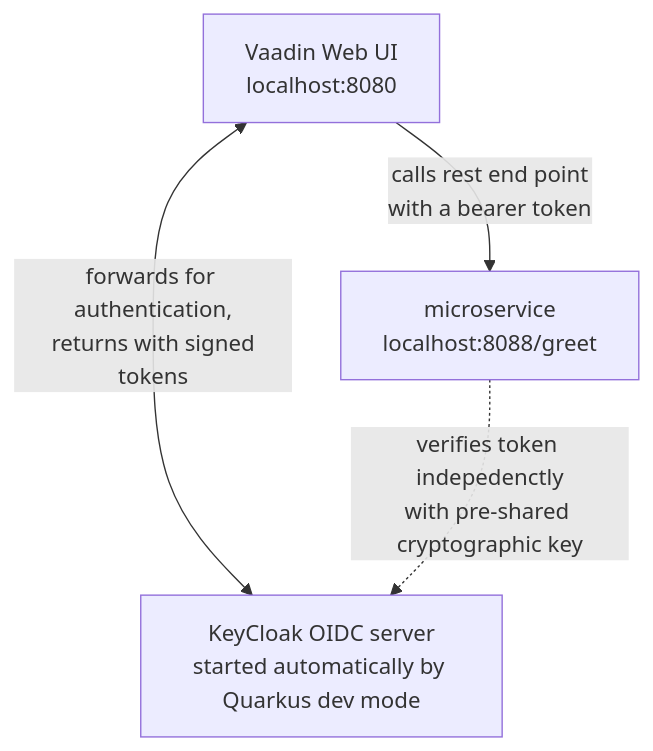
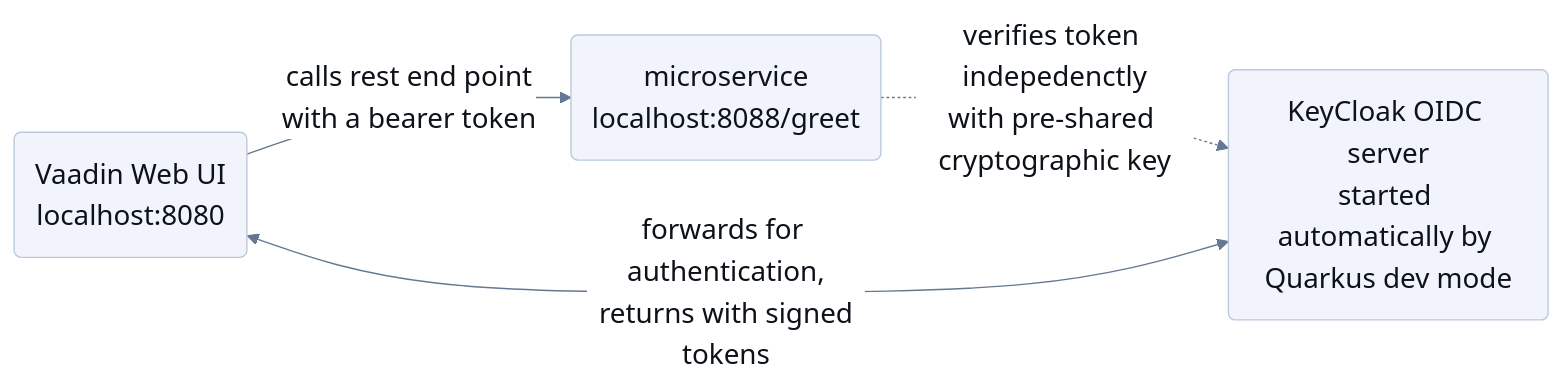
Before and after one commit to mstahv/quarkus-vaadin-example: the first of 2 diagrams in README.md, drawn with Mermaid. The commit also changed other lines of this file, not shown here.

Commit message:
Updated diagram styles

````diff
--- a/README.md
+++ b/README.md
@@ -18,9 +18,26 @@
 ```mermaid
-  graph TD;
-      v[Vaadin Web UI<br>localhost:8080]
-      k[KeyCloak OIDC server<br>started automatically by Quarkus dev mode]
-      m[microservice<br>localhost:8088/greet]
+%%{
+  init: {
+    'theme':'base',
+    'themeVariables': {
+      'background': '#FFFFFF',
+      'fontFamily': 'Arial',
+      'fontSize': '20px',
+      'lineColor': '#657892',
+      'primaryColor': '#F1F5FB',
+      'primaryBorderColor': '#BBC9DC',
+      'primaryTextColor': '#0D1219',
+      'secondaryColor': '#FFFFFF',
+      'secondaryBorderColor': '#FFFFFF',
+      'secondaryTextColor': '#657892'
+    }
+  }
+}%%
+  graph LR;
+      v(Vaadin Web UI<br>localhost:8080)
+      k(KeyCloak OIDC server<br>started automatically by Quarkus dev mode)
+      m(microservice<br>localhost:8088/greet)
+      m-. verifies token indepedenctly<br>with pre-shared cryptographic key .->k;
       v<--forwards for authentication,<br> returns with signed tokens-->k;
       v--calls rest end point<br> with a bearer token-->m;
-      m-. verifies token indepedenctly<br>with pre-shared cryptographic key .->k;
 ```
````
